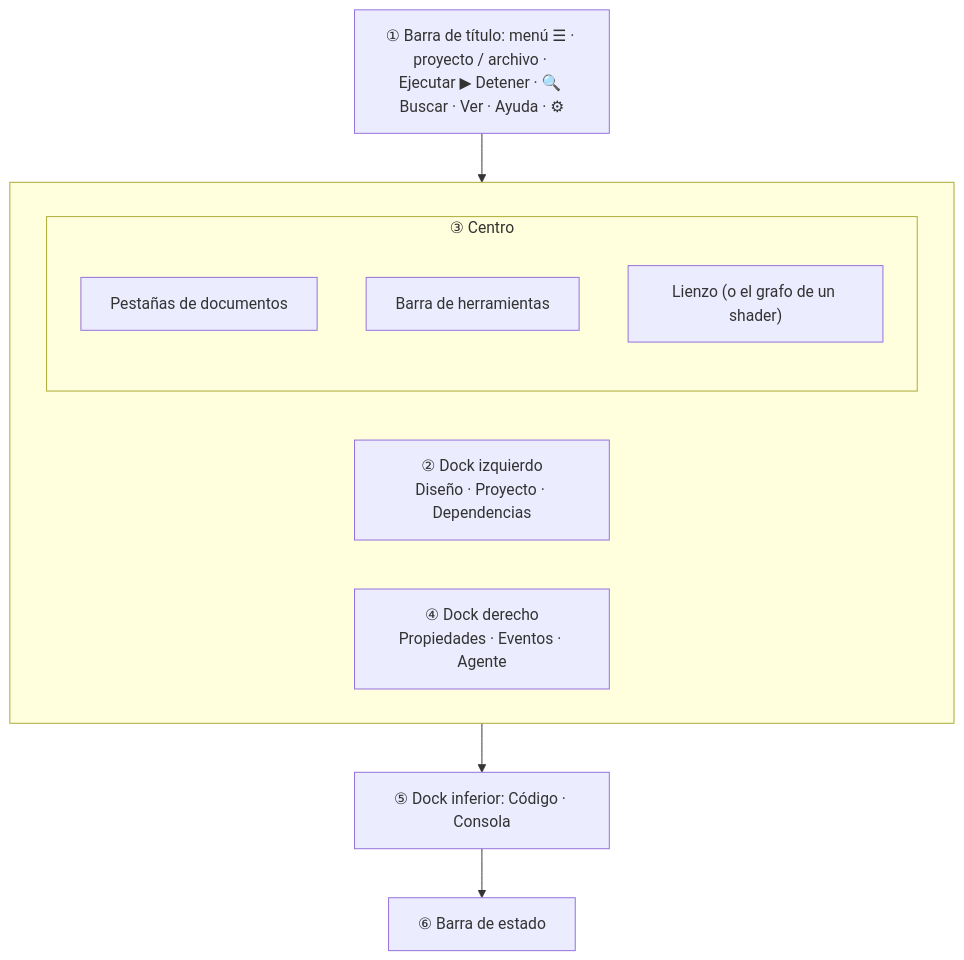
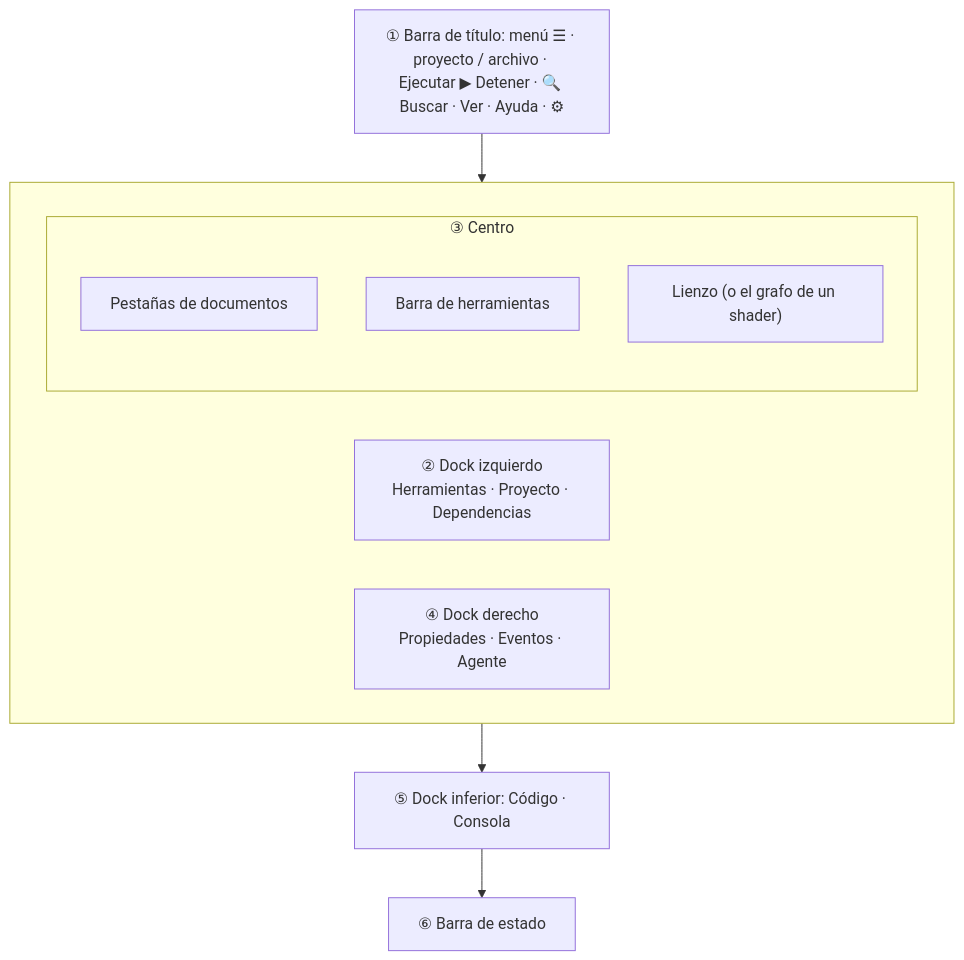
Before and after one commit to albakore/pyzed: the diagram in docs/src/content/docs/es/editor/interface.mdx, drawn with Mermaid. The commit also changed other lines of this file and 28 other files, not shown here.

````diff
--- a/docs/src/content/docs/es/editor/interface.mdx
+++ b/docs/src/content/docs/es/editor/interface.mdx
@@ -30,18 +30,18 @@
 ```mermaid
 flowchart TB
     T["① Barra de título: menú ☰ · proyecto / archivo · Ejecutar ▶ Detener · 🔍 Buscar · Ver · Ayuda · ⚙"]
     subgraph W[" "]
         direction LR
-        L["② Dock izquierdo<br/>Diseño · Proyecto · Dependencias"]
+        L["② Dock izquierdo<br/>Herramientas · Proyecto · Dependencias"]
         subgraph C["③ Centro"]
             direction TB
             D["Pestañas de documentos"]
             TB["Barra de herramientas"]
             F["Lienzo (o el grafo de un shader)"]
         end
         R["④ Dock derecho<br/>Propiedades · Eventos · Agente"]
     end
     B["⑤ Dock inferior: Código · Consola"]
     S["⑥ Barra de estado"]
     T --> W --> B --> S
 ```
````
